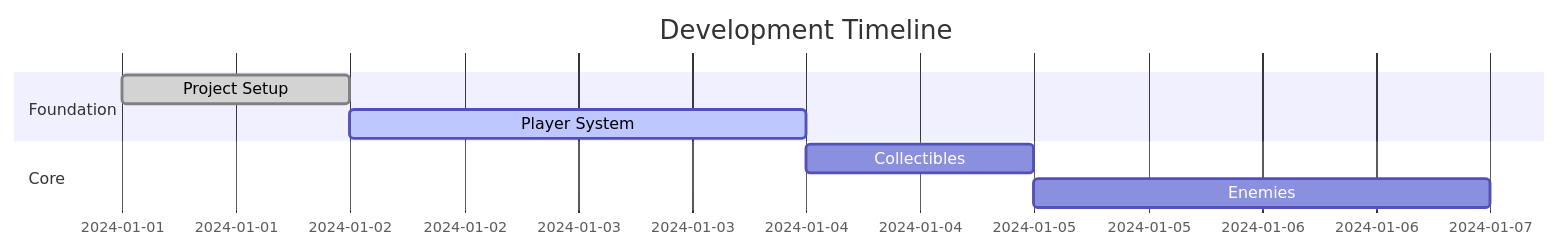
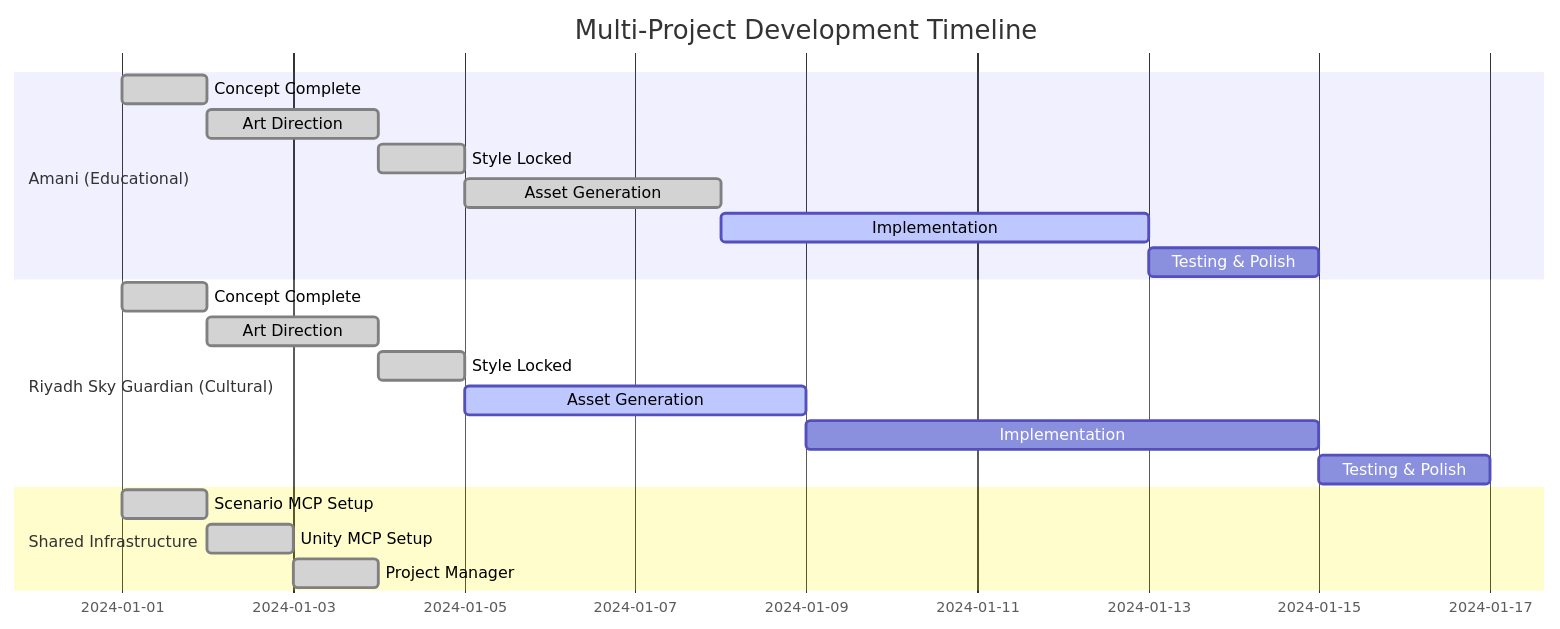
Before and after one commit to byqusai/amani: the diagram in .claude/agents/Progress-Coordinator.md, drawn with Mermaid. The commit also changed other lines of this file and 49 other files, not shown here.

First line of the commit message:
feat: Complete AI Game Studio enhancement with Unity-first architecture

````diff
--- a/.claude/agents/Progress-Coordinator.md
+++ b/.claude/agents/Progress-Coordinator.md
@@ -55,11 +66,26 @@
 ```mermaid
 gantt
-    title Development Timeline
+    title Multi-Project Development Timeline
     dateFormat  YYYY-MM-DD
-    section Foundation
-    Project Setup     :done, 2024-01-01, 1d
-    Player System     :active, 2024-01-02, 2d
-    section Core
-    Collectibles      :2024-01-04, 1d
-    Enemies          :2024-01-05, 2d
+    
+    section Amani (Educational)
+    Concept Complete    :done, edu1, 2024-01-01, 1d
+    Art Direction       :done, edu2, after edu1, 2d
+    Style Locked        :done, edu3, after edu2, 1d
+    Asset Generation    :done, edu4, after edu3, 3d
+    Implementation      :active, edu5, after edu4, 5d
+    Testing & Polish    :edu6, after edu5, 2d
+    
+    section Riyadh Sky Guardian (Cultural)
+    Concept Complete    :done, rsg1, 2024-01-01, 1d
+    Art Direction       :done, rsg2, after rsg1, 2d  
+    Style Locked        :done, rsg3, after rsg2, 1d
+    Asset Generation    :active, rsg4, after rsg3, 4d
+    Implementation      :rsg5, after rsg4, 6d
+    Testing & Polish    :rsg6, after rsg5, 2d
+    
+    section Shared Infrastructure
+    Scenario MCP Setup  :done, mcp1, 2024-01-01, 1d
+    Unity MCP Setup     :done, mcp2, after mcp1, 1d
+    Project Manager     :done, mcp3, after mcp2, 1d
 ```
````
